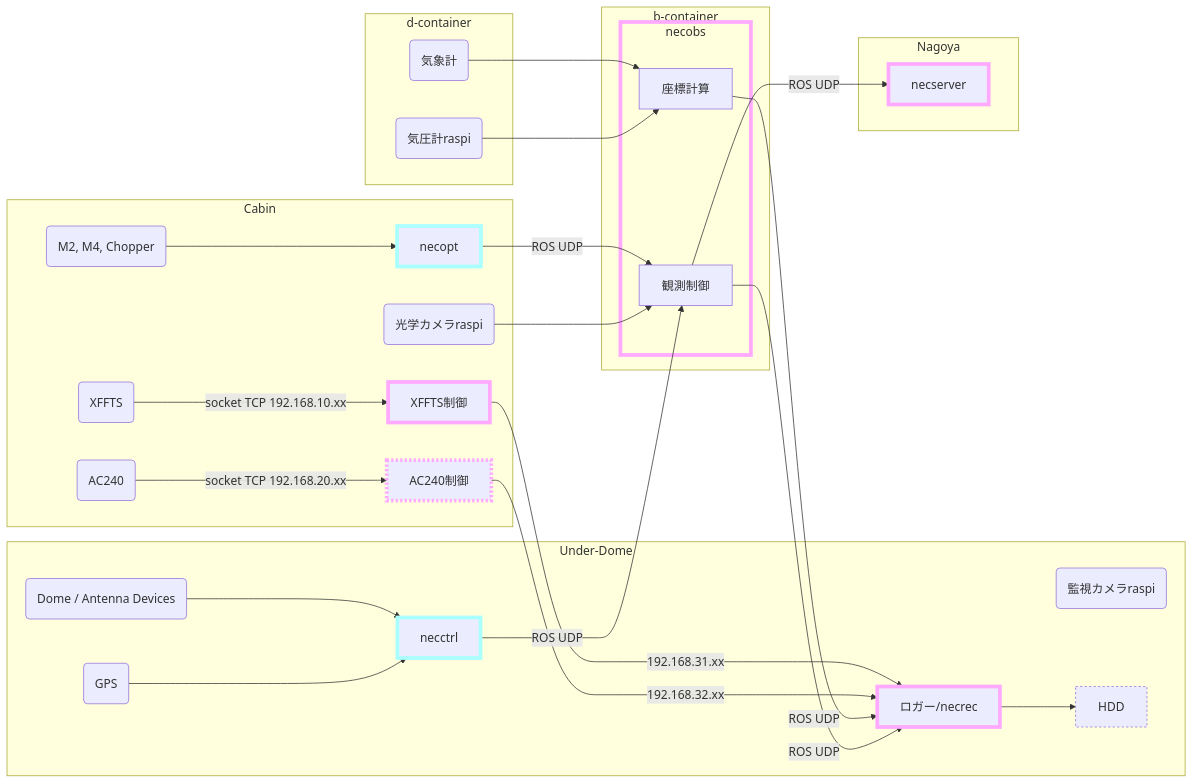
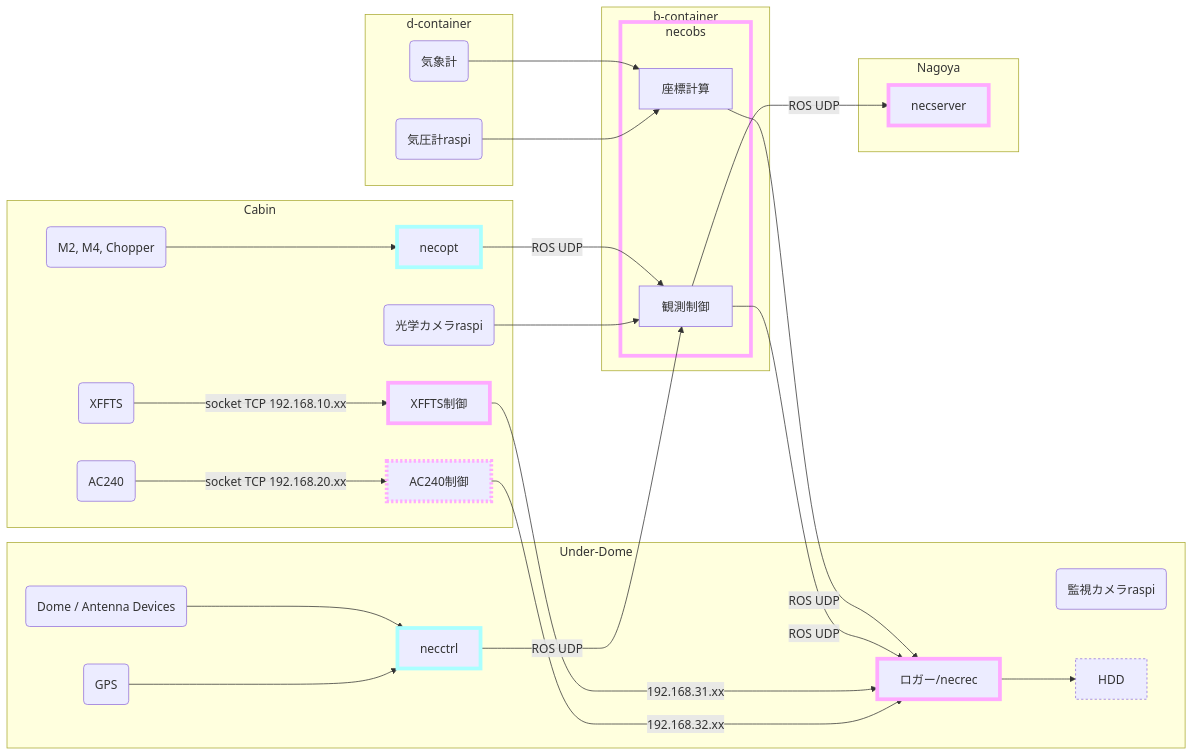
Before and after one commit to necst-telescope/design: the third of 4 diagrams in public/assets/necst-v4/design.md, drawn with Mermaid. The commit also changed other lines of this file, not shown here.

````diff
--- a/public/assets/necst-v4/design.md
+++ b/public/assets/necst-v4/design.md
@@ -146,45 +146,45 @@
 ```mermaid
 graph LR
   subgraph Cabin
     A( XFFTS ) -->|socket TCP 192.168.10.xx| C[ XFFTS制御 ]
     B( AC240 ) -->|socket TCP 192.168.20.xx| M[ AC240制御 ]
     E( M2, M4, Chopper ) --> necopt
     F( 光学カメラraspi )
   end
   subgraph Under-Dome
     L( Dome / Antenna Devices ) --> necctrl
     G( 監視カメラraspi )
     H( GPS ) --> necctrl
     necrec --> NAS[ HDD ]
   end
   subgraph b-container
     subgraph necobs
       O[ 座標計算 ]
       N[ 観測制御 ]
     end
   end
   subgraph d-container
     J( 気象計 )
     K( 気圧計raspi )
   end
   subgraph Nagoya
     necserver
   end
   necctrl -->|ROS UDP| N
   necopt -->|ROS UDP| N
+  O -->|ROS UDP| necrec
+  N -->|ROS UDP| necrec
   C -->|192.168.31.xx| necrec[ ロガー/necrec ]
   M -->|192.168.32.xx| necrec
-  O -->|ROS UDP| necrec
-  N -->|ROS UDP| necrec
   N -->|ROS UDP| necserver
   J --> O
   K --> O
   F --> N
 
 classDef pc stroke:#FAF,stroke-width:5px
 class C,necrec,necobs,necserver,M pc
 classDef fac stroke:#AFF,stroke-width:5px
 class necopt,necctrl fac
 classDef new stroke-dasharray:3
 class M,NAS new
 ```
````
